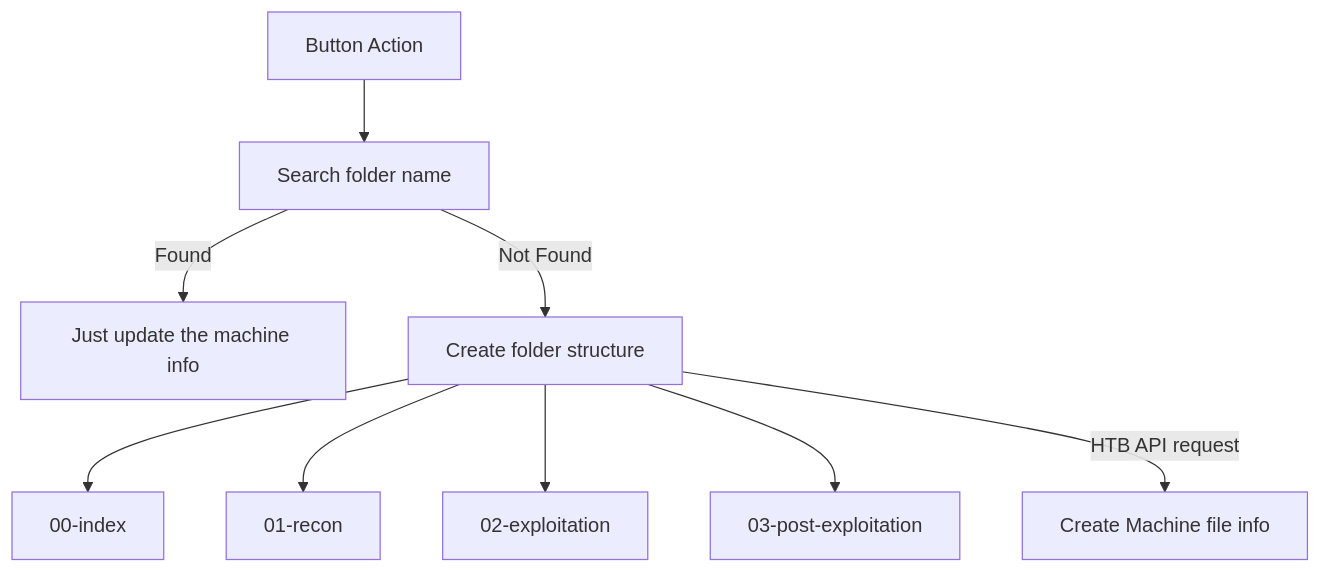
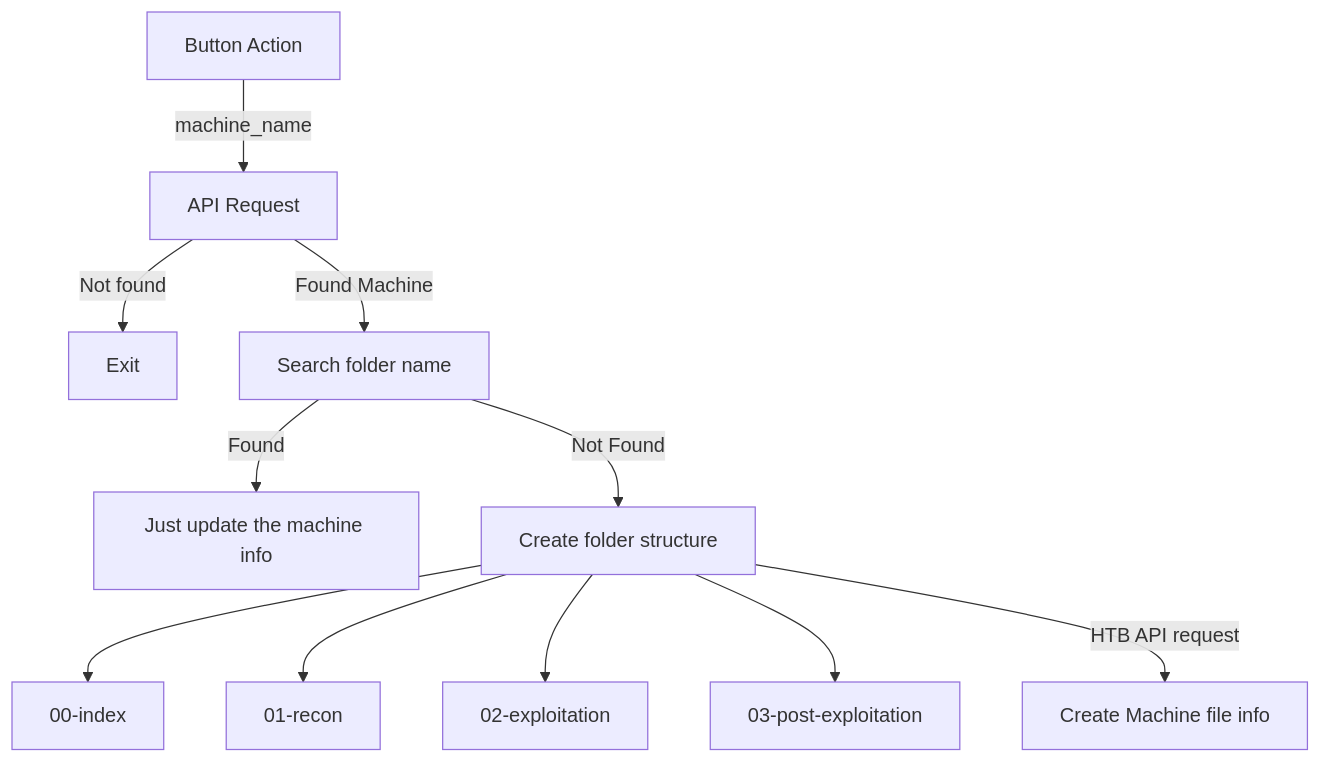
Before and after one commit to 0x4xel/HTNotes: the first of 2 diagrams in HTB/⚡ Start Machine ⚡.md, drawn with Mermaid. The commit also changed other lines of this file and 1 other file, not shown here.

````diff
--- a/HTB/⚡ Start Machine ⚡.md
+++ b/HTB/⚡ Start Machine ⚡.md
@@ -7,13 +7,14 @@
 ```mermaid
 flowchart TB
-        A["Button Action"] --> B["Search folder name"]
-       
+        A["Button Action"] -- machine_name --> J["API Request"]
+        J -- Not found --> N["Exit"]
+	    J -- Found Machine --> B["Search folder name"]
         B -- Found --> E["Just update the machine info"]
         B -- Not Found --> C["Create folder structure"]
         C --> F["00-index"]
         C --> G["01-recon"]
         C --> H["02-exploitation"]
         C --> I["03-post-exploitation"]
         C -- HTB API request --> K["Create Machine file info"]
   
 ```
````
